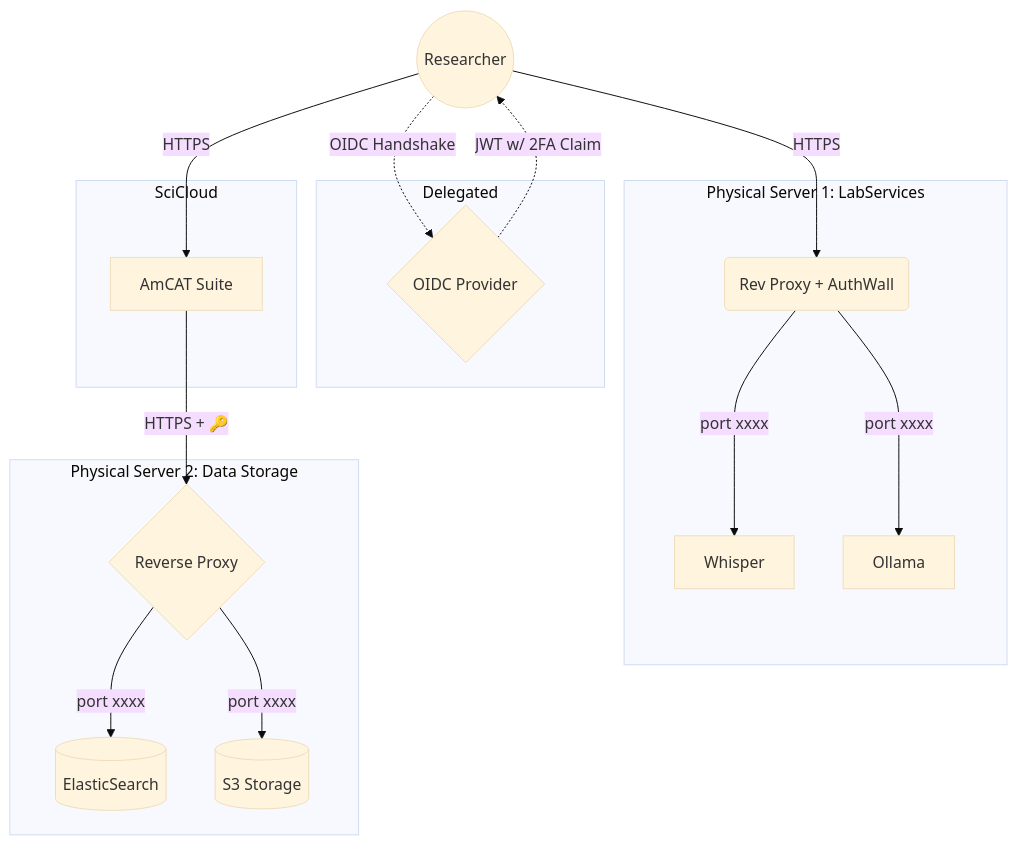
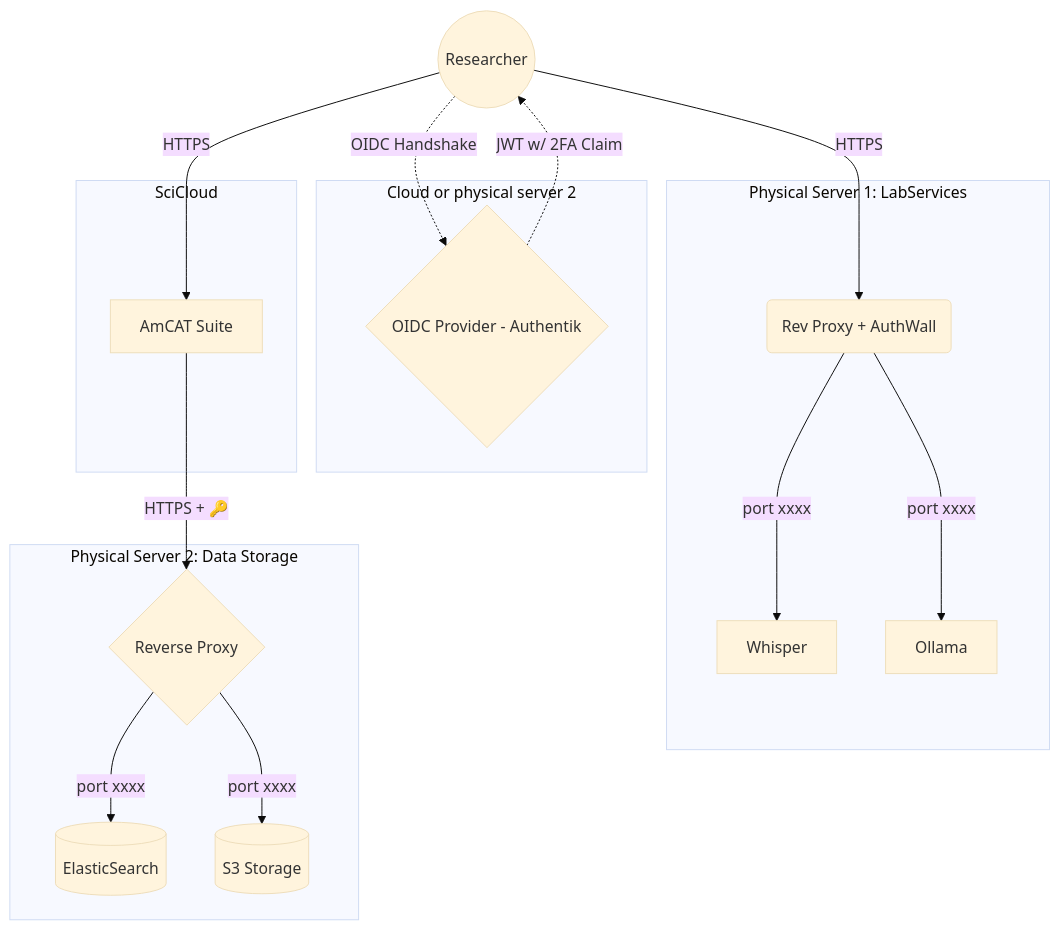
Before and after one commit to kasperwelbers/societal-analytics-lab-infra: the diagram in docs/index.md, drawn with Mermaid (base theme). The commit also changed 1 other file, not shown here.

Commit message:
separately address authentication flows

````diff
--- a/docs/index.md
+++ b/docs/index.md
@@ -10,44 +10,43 @@
 ```mermaid
 graph TD
     User((Researcher))
     
     %% Authentication
-    subgraph Auth [Delegated]
-        IdP{OIDC Provider}
+    subgraph Auth [Cloud or physical server 2]
+        IdP{OIDC Provider - Authentik}
     end
     User -.->|OIDC Handshake| IdP
     IdP -.->|JWT w/ 2FA Claim| User
-    
 
     %% SciCloud Environment
     subgraph SciCloud [SciCloud]
         AmCAT[AmCAT Suite]
     end
     
     %% Physical Server 1
     subgraph LabServices [Physical Server 1: LabServices]
         ProxyLab(Rev Proxy + AuthWall)
         ProxyLab -->|port xxxx| Whisper
         ProxyLab -->|port xxxx| Ollama
     end
 
     %% Physical Server 2
     subgraph Storage [Physical Server 2: Data Storage]
         ProxyStorage{Reverse Proxy}
         ES[(ElasticSearch)]
         S3[(S3 Storage)]
     end
     
 
     %% External Incoming Connections
     User -->|HTTPS| AmCAT
     User -->|HTTPS| ProxyLab
 
     %% Storage Routing (Internal via Proxy)
     AmCAT -->|HTTPS + 🔑| ProxyStorage
     ProxyStorage -->|port xxxx| ES
     ProxyStorage -->|port xxxx| S3
 
     %% Clickable Links
     click AmCAT "./amcat" "View AmCAT Technical Docs"
 ```
````
